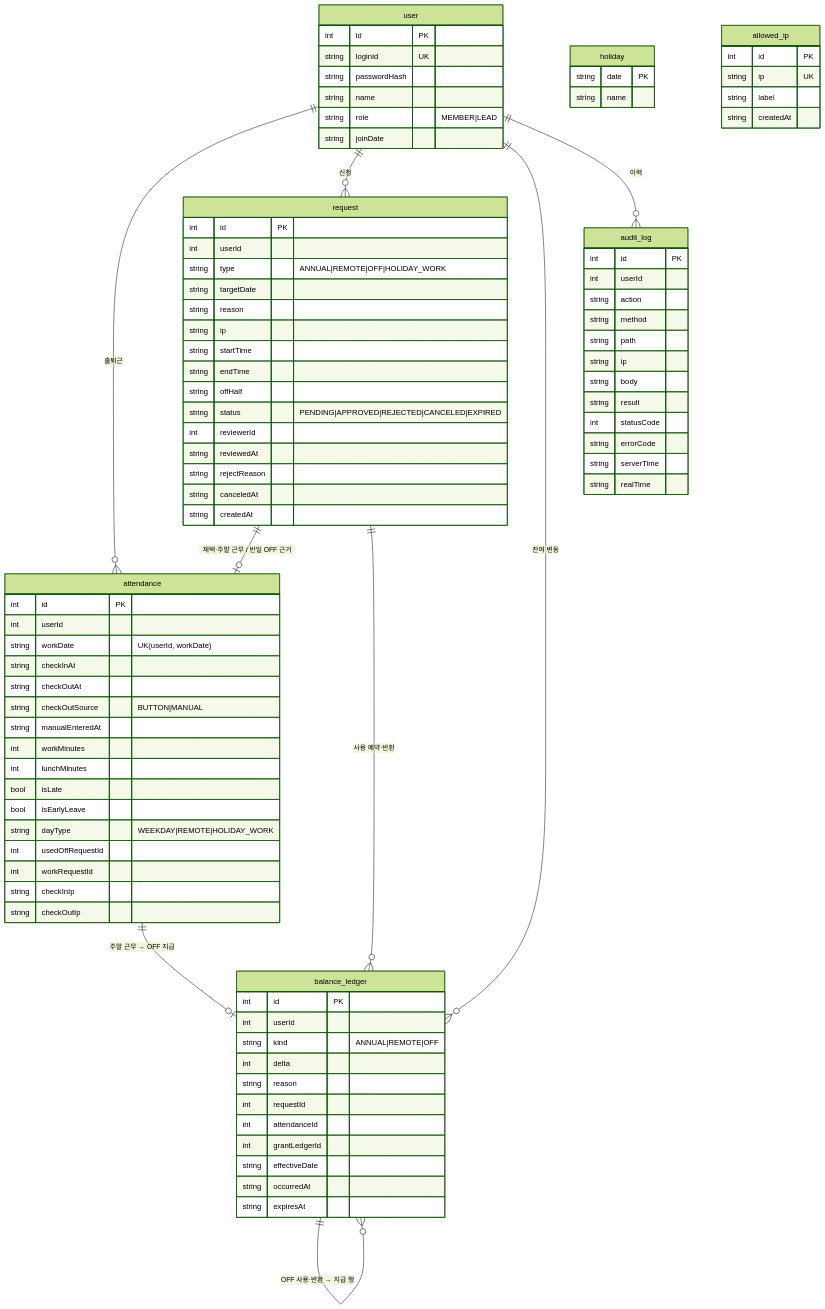
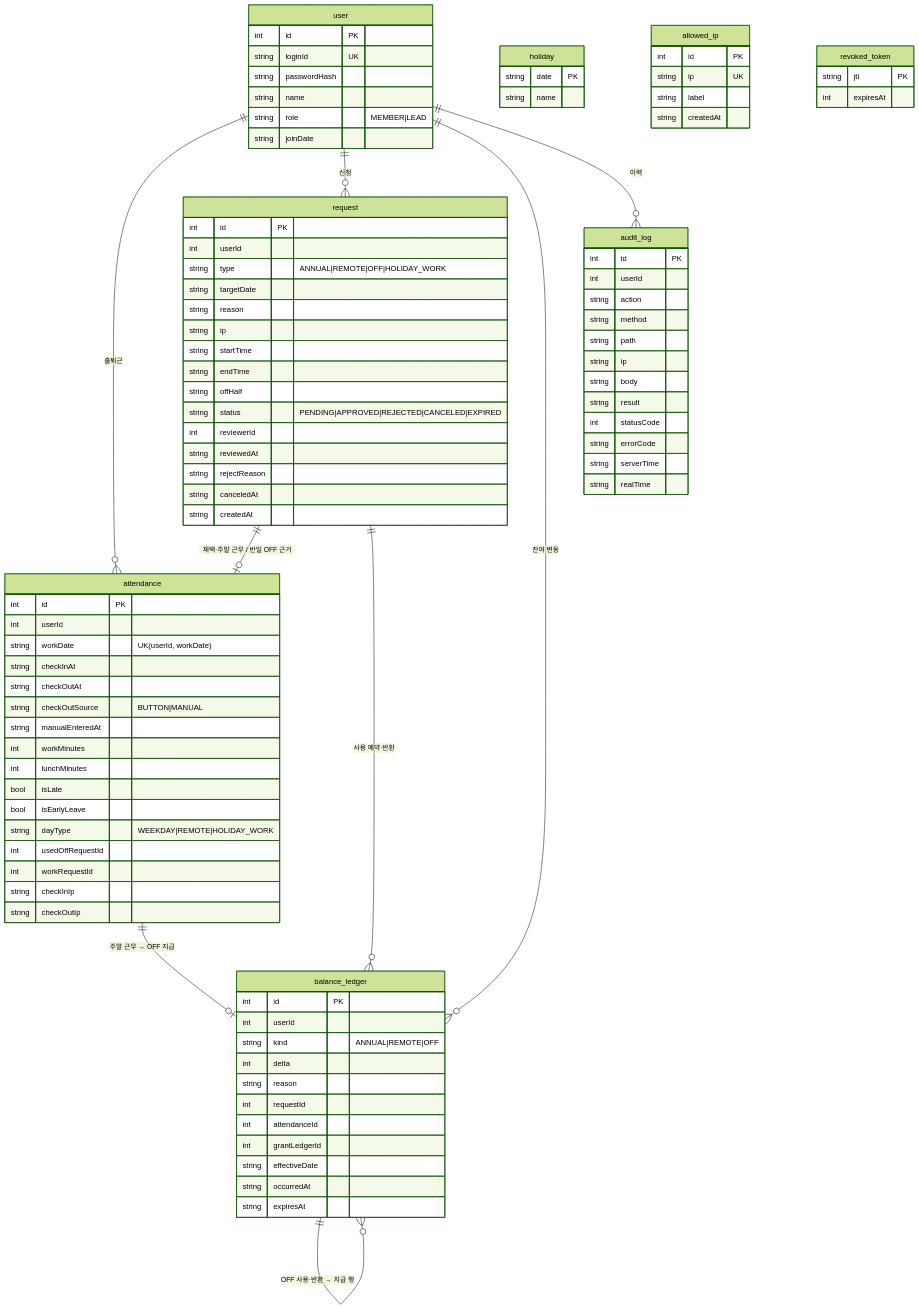
One commit to s0nsy/HlCONSY_TASK changed the second of 2 diagrams in README.md. Above: the diagram before and after it, drawn with Mermaid (forest theme). The commit also changed other lines of this file and 9 other files, not shown here.

````diff
--- a/README.md
+++ b/README.md
@@ -305,4 +313,8 @@
     string label
     string createdAt
   }
+  revoked_token {
+    string jti PK
+    int expiresAt
+  }
 ```
````
